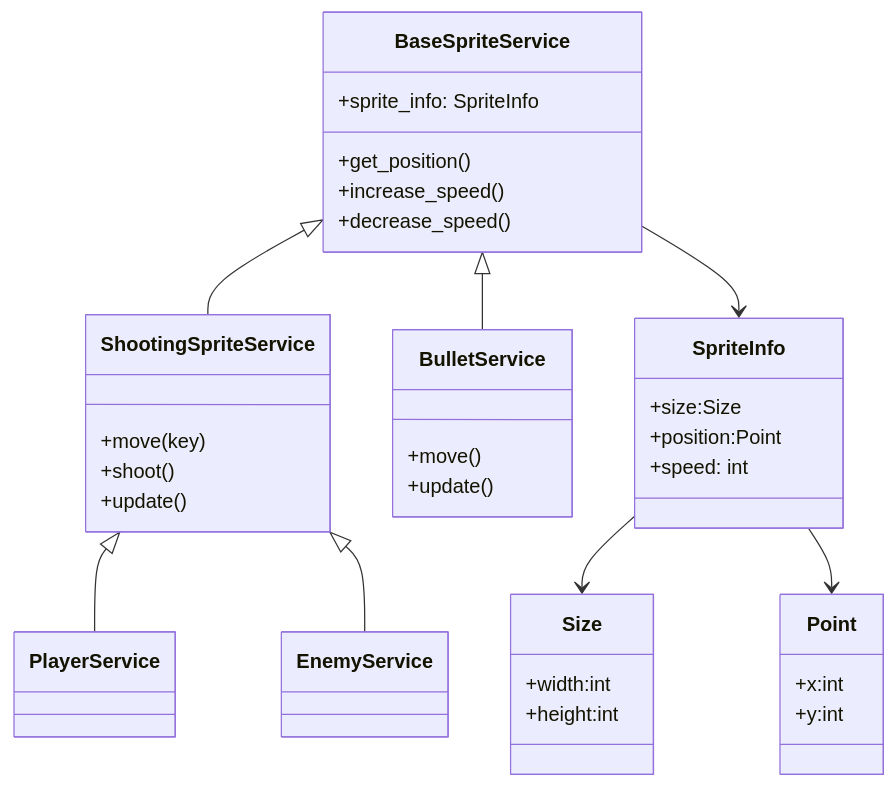
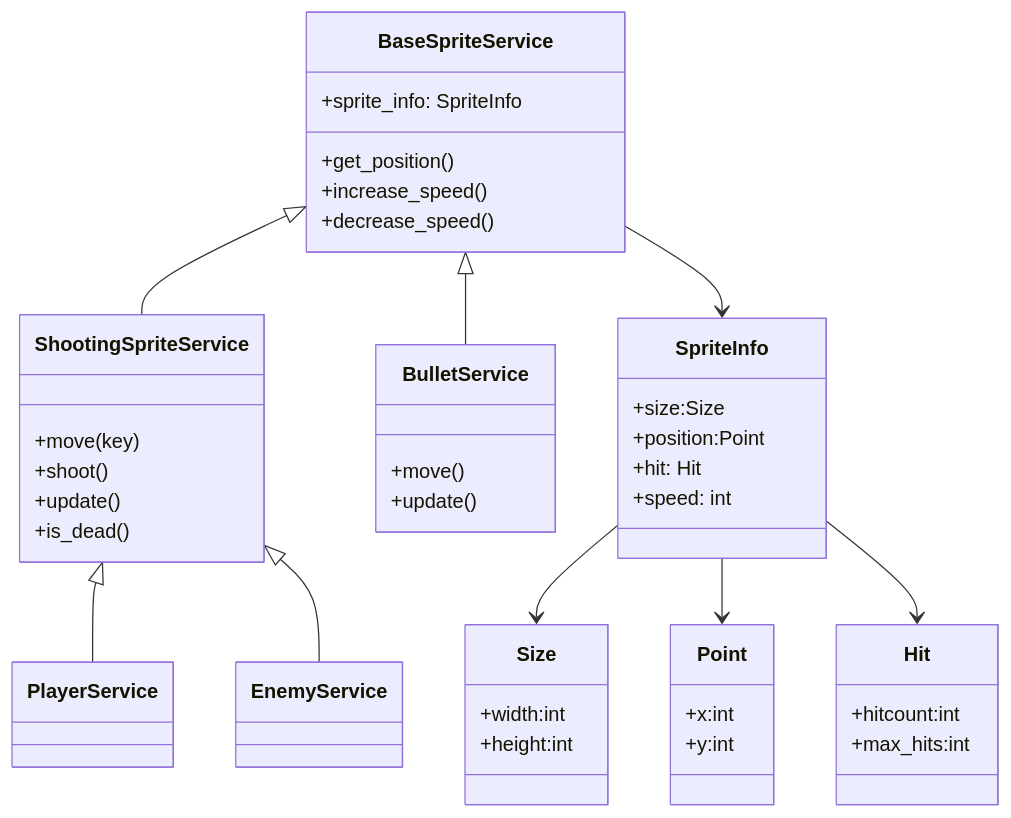
The second of 8 diagrams in dokumentaatio/arkkitehtuuri.md (Tapir79/ot-harjoitustyo), drawn with Mermaid before and after one commit. The commit also changed other lines of this file and 3 other files, not shown here.

````diff
--- a/dokumentaatio/arkkitehtuuri.md
+++ b/dokumentaatio/arkkitehtuuri.md
@@ -32,55 +32,63 @@
 ```mermaid
 classDiagram
     class BaseSpriteService {
         +sprite_info: SpriteInfo
         +get_position()
         +increase_speed()
         +decrease_speed()
     }
 
     class ShootingSpriteService {
         +move(key)
         +shoot()
         +update()
+        +is_dead()
     }
 
     class PlayerService {
        
     }
 
     class EnemyService {
 
     }
 
     class BulletService {
         +move()
         +update()
     }
 
     class SpriteInfo{
         +size:Size
         +position:Point
-        +speed: int
+        +hit: Hit
+        +speed: int     
     }
 
     class Size{
         +width:int
         +height:int
     }
 
     class  Point{
         +x:int
         +y:int
     }
+
+    class  Hit{
+        +hitcount:int
+        +max_hits:int
+    }
  
 
     BaseSpriteService <|-- ShootingSpriteService
     BaseSpriteService <|-- BulletService
 
     ShootingSpriteService <|-- PlayerService
     ShootingSpriteService <|-- EnemyService
 
     SpriteInfo --> Size
     SpriteInfo --> Point
+    SpriteInfo --> Hit
     BaseSpriteService --> SpriteInfo
 ```
````
